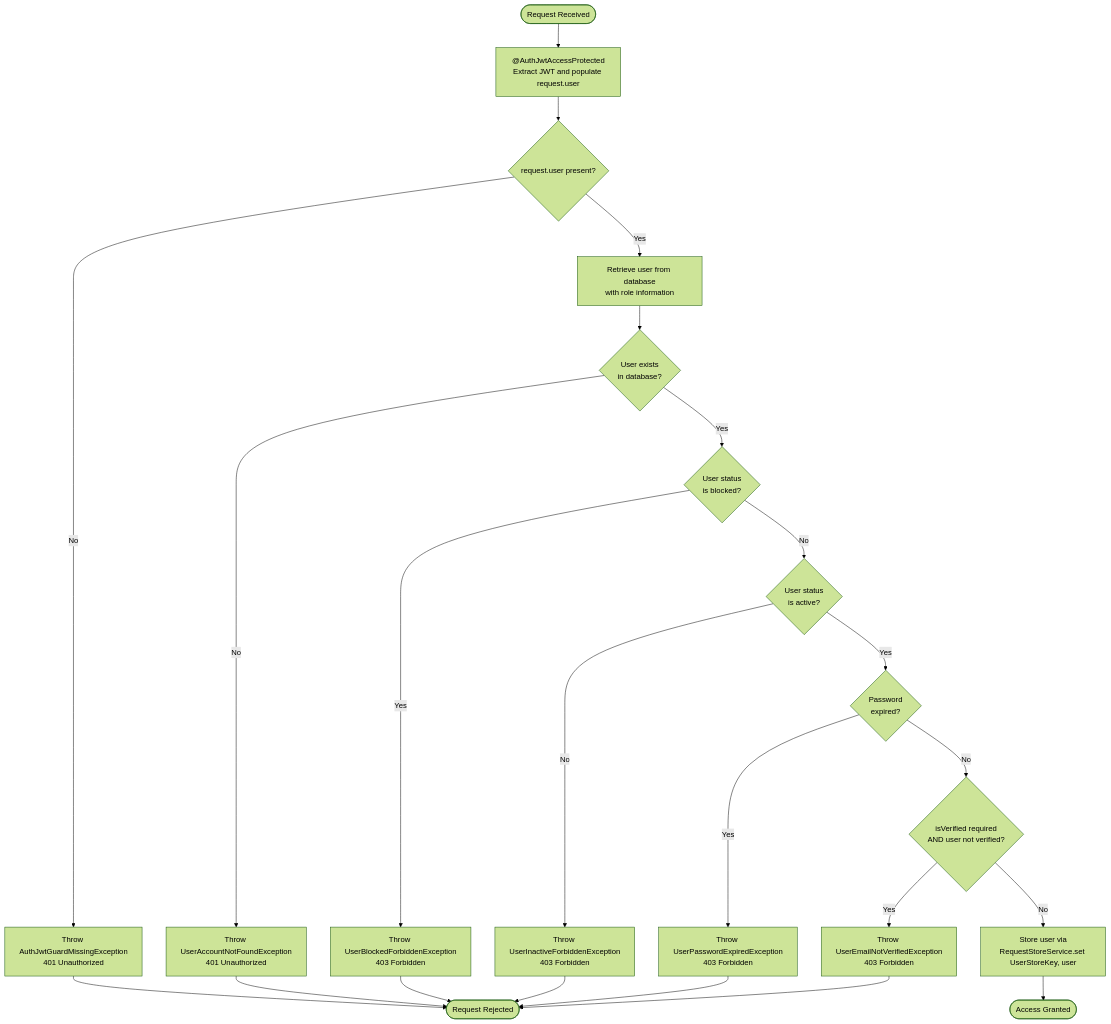
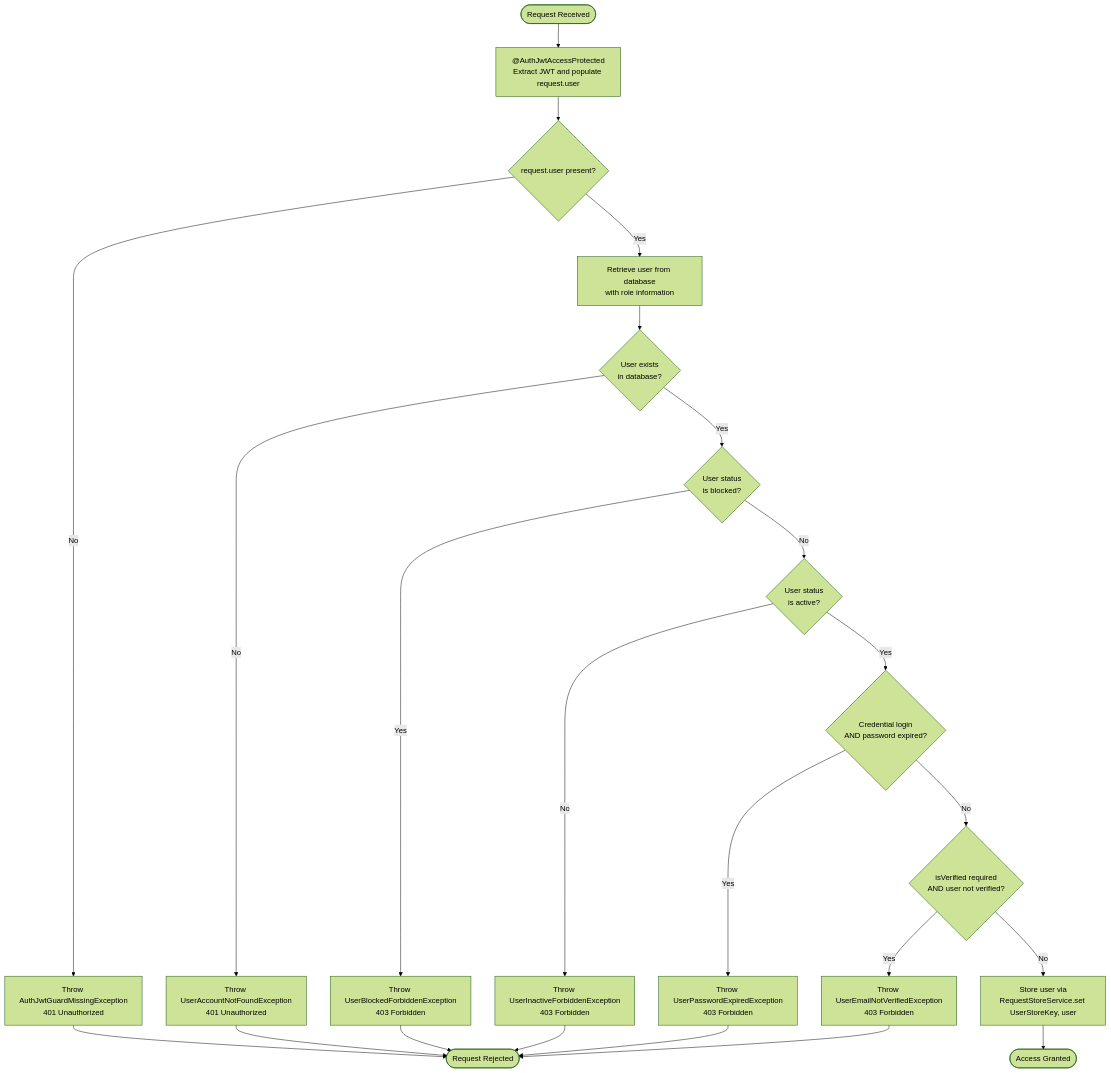
Before and after one commit to andrechristikan/ack-nestjs-boilerplate: the first of 5 diagrams in docs/authorization.md, drawn with Mermaid (forest theme). The commit also changed other lines of this file and 95 other files, not shown here.

````diff
--- a/docs/authorization.md
+++ b/docs/authorization.md
@@ -251,32 +252,32 @@
 ```mermaid
 flowchart TD
     Start([Request Received]) --> JwtGuard[ @AuthJwtAccessProtected<br/>Extract JWT and populate request.user]
     JwtGuard --> CheckAuth{request.user present?}
     CheckAuth -->|No| ErrorAuth[Throw AuthJwtGuardMissingException<br/>401 Unauthorized]
     CheckAuth -->|Yes| LookupUser[Retrieve user from database<br/>with role information]
 
     LookupUser --> UserExists{User exists<br/>in database?}
     UserExists -->|No| ErrorNotFound[Throw UserAccountNotFoundException<br/>401 Unauthorized]
     UserExists -->|Yes| CheckBlocked{User status<br/>is blocked?}
 
     CheckBlocked -->|Yes| ErrorBlocked[Throw UserBlockedForbiddenException<br/>403 Forbidden]
     CheckBlocked -->|No| CheckStatus{User status<br/>is active?}
 
     CheckStatus -->|No| ErrorInactive[Throw UserInactiveForbiddenException<br/>403 Forbidden]
-    CheckStatus -->|Yes| CheckPassword{Password<br/>expired?}
+    CheckStatus -->|Yes| CheckPassword{Credential login<br/>AND password expired?}
 
     CheckPassword -->|Yes| ErrorPassword[Throw UserPasswordExpiredException<br/>403 Forbidden]
     CheckPassword -->|No| CheckVerified{isVerified required<br/>AND user not verified?}
 
     CheckVerified -->|Yes| ErrorVerified[Throw UserEmailNotVerifiedException<br/>403 Forbidden]
     CheckVerified -->|No| SetUser[Store user via<br/>RequestStoreService.set UserStoreKey, user]
 
     SetUser --> Success([Access Granted])
 
     ErrorAuth --> End([Request Rejected])
     ErrorNotFound --> End
     ErrorBlocked --> End
     ErrorInactive --> End
     ErrorPassword --> End
     ErrorVerified --> End
 ```
````
